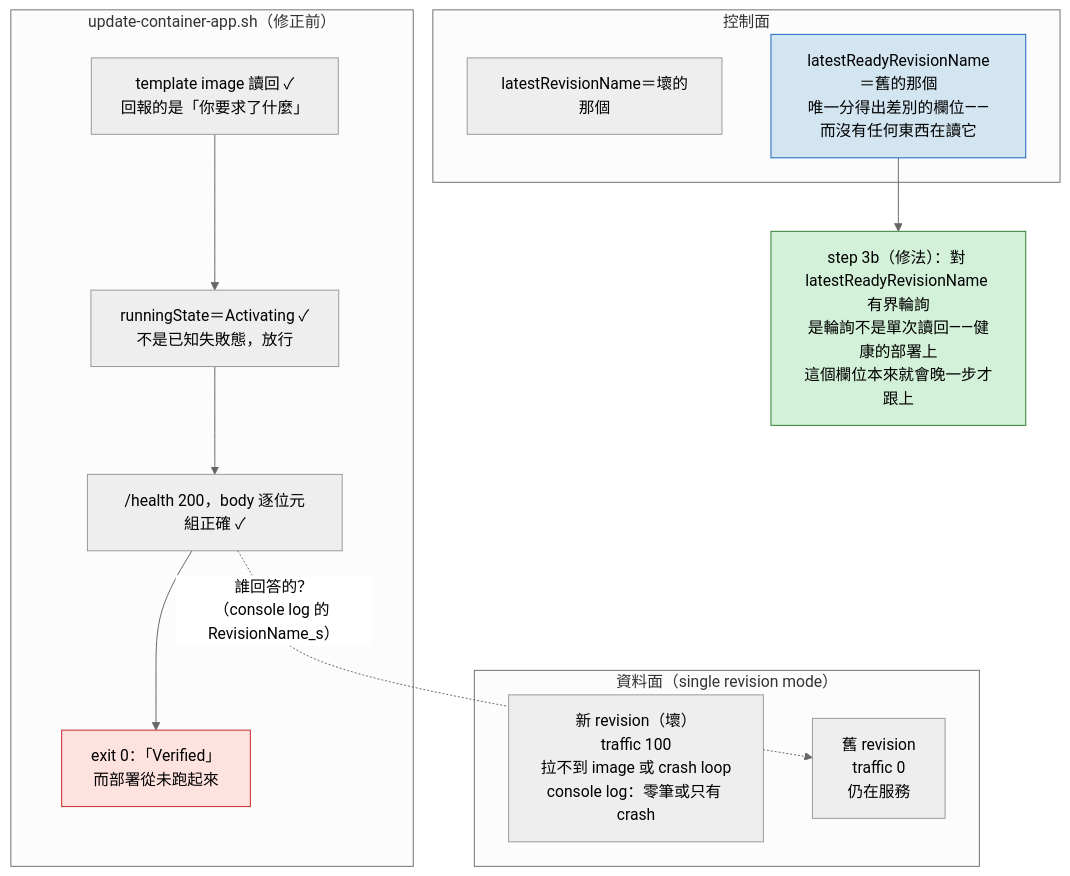
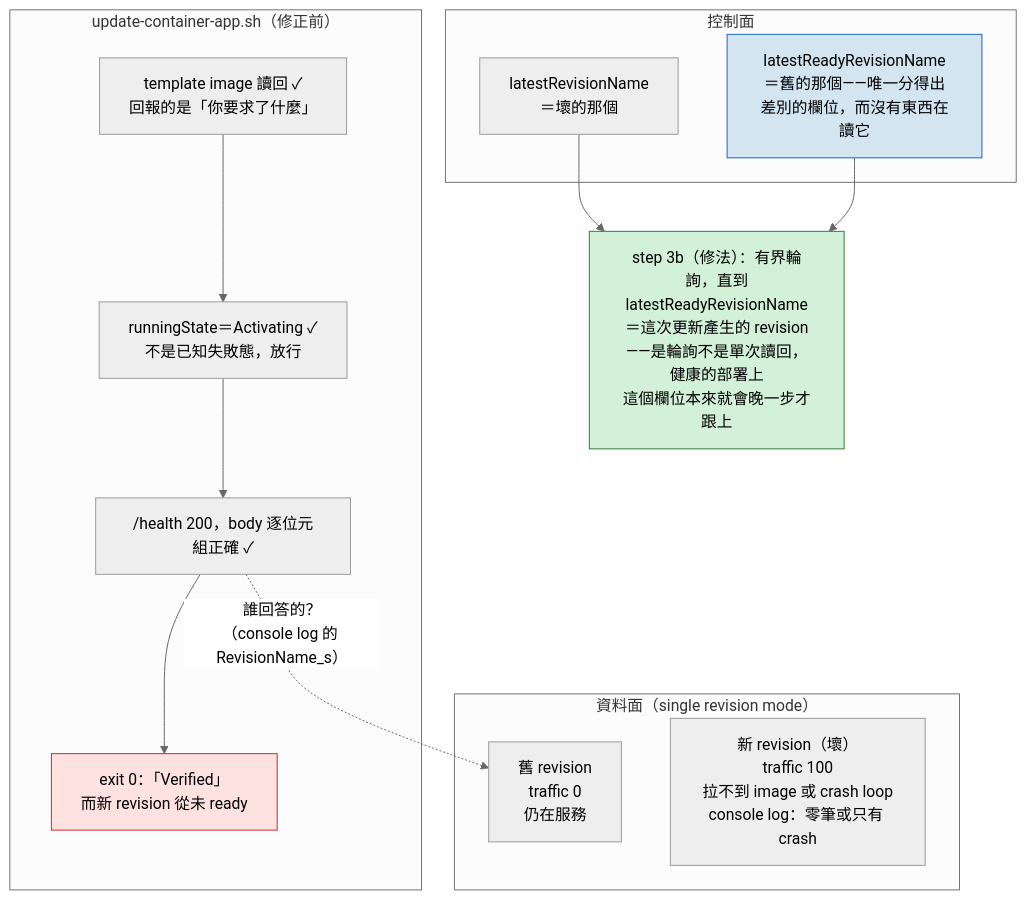
One commit to kehao-playground/azure-genai-backend-lab changed the diagram in docs/diagrams/revision-false-pass.zh-tw.mmd. Above: the diagram before and after it, drawn with Mermaid (neutral theme). The commit also changed 6 other files, not shown here.

```diff
--- a/docs/diagrams/revision-false-pass.zh-tw.mmd
+++ b/docs/diagrams/revision-false-pass.zh-tw.mmd
@@ -1,30 +1,31 @@
 %% Publication source (zh-TW) for the Day 29 article figure.
 %% English semantic companion: revision-false-pass.md — keep the two in the same topology.
 %% The planning repo stores only the rendered PNG snapshot (proposal 005).
 flowchart TB
     subgraph script["update-container-app.sh（修正前）"]
         c1["template image 讀回 ✓<br/>回報的是「你要求了什麼」"]
         c2["runningState＝Activating ✓<br/>不是已知失敗態，放行"]
         c3["/health 200，body 逐位元組正確 ✓"]
-        ok["exit 0：「Verified」<br/>而部署從未跑起來"]
+        ok["exit 0：「Verified」<br/>而新 revision 從未 ready"]
         c1 --> c2 --> c3 --> ok
     end
 
     subgraph data["資料面（single revision mode）"]
+        oldrev["舊 revision<br/>traffic 0<br/>仍在服務"]
         newrev["新 revision（壞）<br/>traffic 100<br/>拉不到 image 或 crash loop<br/>console log：零筆或只有 crash"]
-        oldrev["舊 revision<br/>traffic 0<br/>仍在服務"]
     end
 
     c3 -. "誰回答的？<br/>（console log 的 RevisionName_s）" .-> oldrev
 
     subgraph control["控制面"]
-        f1["latestRevisionName＝壞的那個"]
-        f2["latestReadyRevisionName＝舊的那個<br/>唯一分得出差別的欄位——<br/>而沒有任何東西在讀它"]
+        f1["latestRevisionName<br/>＝壞的那個"]
+        f2["latestReadyRevisionName<br/>＝舊的那個——唯一分得出<br/>差別的欄位，而沒有東西在讀它"]
     end
 
-    fix["step 3b（修法）：對 latestReadyRevisionName 有界輪詢<br/>是輪詢不是單次讀回——健康的部署上<br/>這個欄位本來就會晚一步才跟上"]
+    fix["step 3b（修法）：有界輪詢，直到<br/>latestReadyRevisionName＝這次更新產生的 revision<br/>——是輪詢不是單次讀回，健康的部署上<br/>這個欄位本來就會晚一步才跟上"]
+    f1 --> fix
     f2 --> fix
 
     style ok fill:#fde2e0,stroke:#c62828
     style f2 fill:#d3e5f0,stroke:#1565c0
     style fix fill:#d3f0d8,stroke:#2e7d32
```
